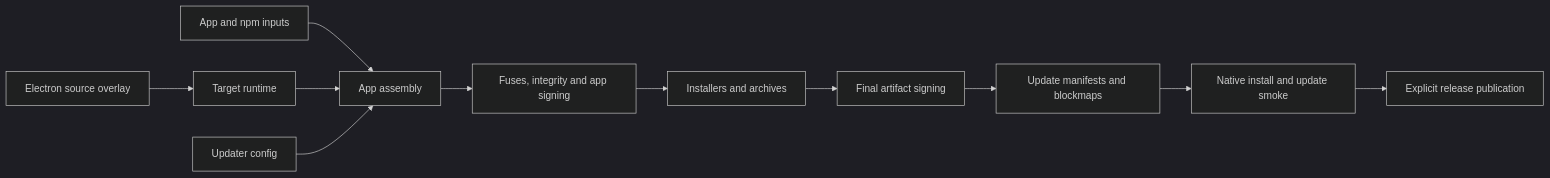
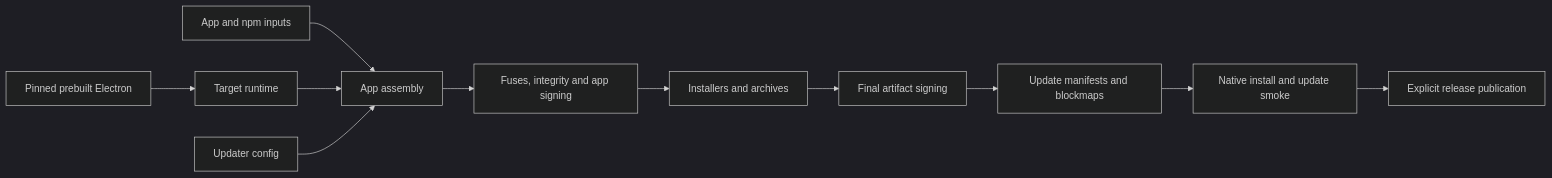
One commit to formatjs/rules_electron changed the diagram in docs/release-plan.md. Above: the diagram before and after it, drawn with Mermaid (dark theme). The commit also changed other lines of this file and 58 other files, not shown here.

Commit message:
refactor: package prebuilt Electron without source overlay (#4)

````diff
--- a/docs/release-plan.md
+++ b/docs/release-plan.md
@@ -8,13 +8,13 @@
 ```mermaid
 flowchart LR
-  source[Electron source overlay] --> runtime[Target runtime]
+  prebuilt[Pinned prebuilt Electron] --> runtime[Target runtime]
   app[App and npm inputs] --> assembly[App assembly]
   runtime --> assembly
   config[Updater config] --> assembly
   assembly --> seal[Fuses, integrity and app signing]
   seal --> packages[Installers and archives]
   packages --> signed[Final artifact signing]
   signed --> feed[Update manifests and blockmaps]
   feed --> smoke[Native install and update smoke]
   smoke --> publish[Explicit release publication]
 ```
````
